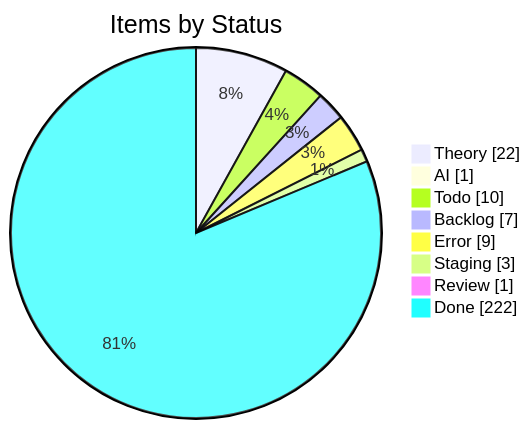
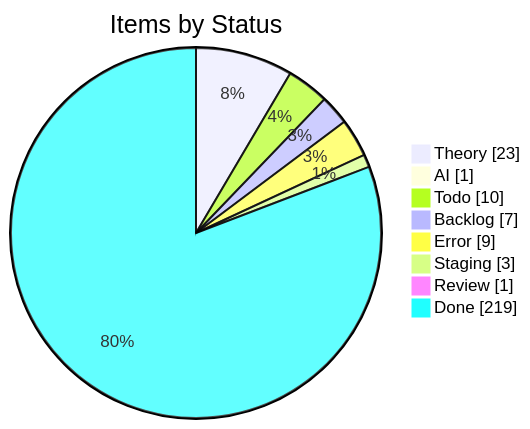
The first of 4 diagrams in apps/kbve/astro-kbve/src/content/docs/dashboard/kanban-data.mdx (KBVE/kbve), drawn with Mermaid before and after one commit. The commit also changed other lines of this file and 7 other files, not shown here.

````diff
--- a/apps/kbve/astro-kbve/src/content/docs/dashboard/kanban-data.mdx
+++ b/apps/kbve/astro-kbve/src/content/docs/dashboard/kanban-data.mdx
@@ -55,12 +55,12 @@
 ```mermaid
 pie showData
     title Items by Status
-    "Theory" : 22
+    "Theory" : 23
     "AI" : 1
     "Todo" : 10
     "Backlog" : 7
     "Error" : 9
     "Staging" : 3
     "Review" : 1
-    "Done" : 222
+    "Done" : 219
 ```
````
